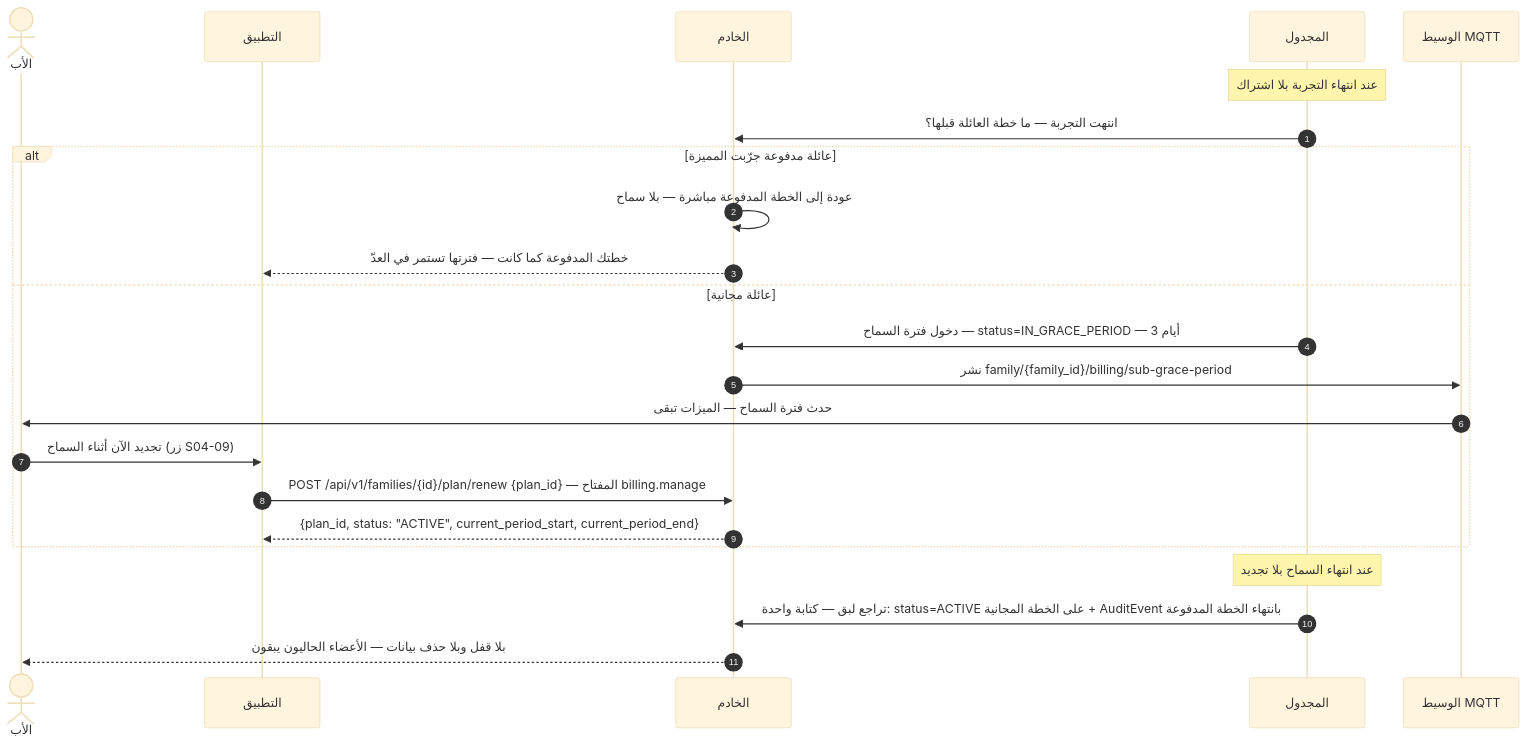
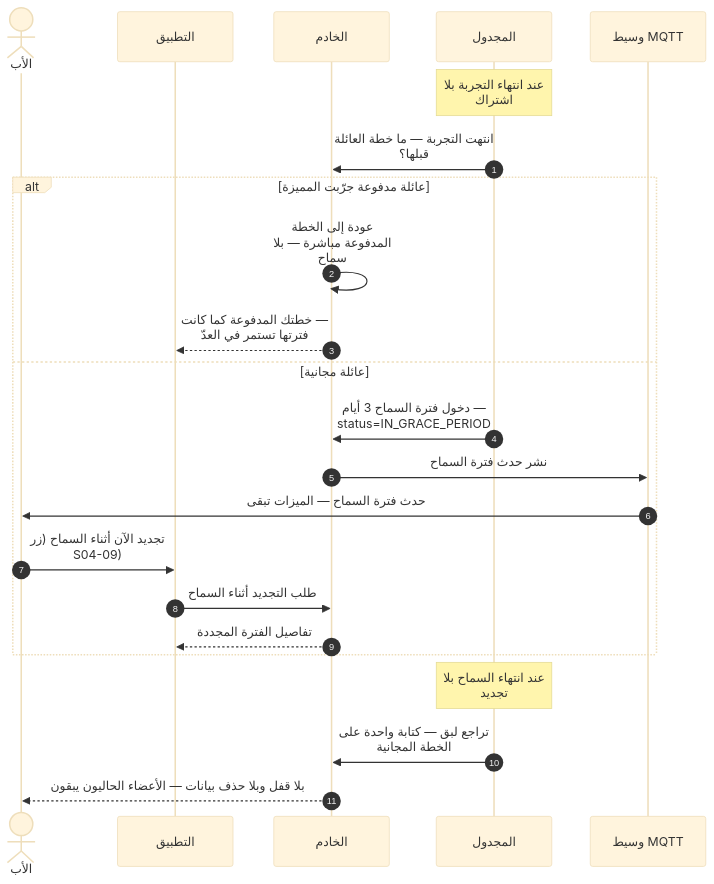
Diagram 12 of 25 in docs/family-os/governance/phases/phase-1/S1-04-plans-and-subscriptions/DIAGRAMS.md (Bassam-mohammed-alqaeadi/family-os-v2), drawn with Mermaid (base theme) before and after one commit. The commit also changed other lines of this file, not shown here.

````diff
--- a/docs/family-os/governance/phases/phase-1/S1-04-plans-and-subscriptions/DIAGRAMS.md
+++ b/docs/family-os/governance/phases/phase-1/S1-04-plans-and-subscriptions/DIAGRAMS.md
@@ -478,25 +507,26 @@
 ```mermaid
+%%{init: {"sequence": {"wrap": true}}}%%
 sequenceDiagram
     autonumber
     actor Father as الأب
     participant App as التطبيق
     participant Ktor as الخادم
     participant Sched as المجدول
-    participant Broker as الوسيط MQTT
+    participant MQTT as وسيط MQTT
     Note over Sched: عند انتهاء التجربة بلا اشتراك
     Sched->>Ktor: انتهت التجربة — ما خطة العائلة قبلها؟
     alt عائلة مدفوعة جرّبت المميزة
         Ktor->>Ktor: عودة إلى الخطة المدفوعة مباشرة — بلا سماح
         Ktor-->>App: خطتك المدفوعة كما كانت — فترتها تستمر في العدّ
     else عائلة مجانية
-        Sched->>Ktor: دخول فترة السماح — status=IN_GRACE_PERIOD — 3 أيام
-        Ktor->>Broker: نشر family/{family_id}/billing/sub-grace-period
-        Broker->>Father: حدث فترة السماح — الميزات تبقى
+        Sched->>Ktor: دخول فترة السماح 3 أيام — status=IN_GRACE_PERIOD
+        Ktor->>MQTT: نشر حدث فترة السماح
+        MQTT->>Father: حدث فترة السماح — الميزات تبقى
         Father->>App: تجديد الآن أثناء السماح (زر S04-09)
-        App->>Ktor: POST /api/v1/families/{id}/plan/renew {plan_id} — المفتاح billing.manage
-        Ktor-->>App: {plan_id, status: "ACTIVE", current_period_start, current_period_end}
+        App->>Ktor: طلب التجديد أثناء السماح
+        Ktor-->>App: تفاصيل الفترة المجددة
     end
     Note over Sched: عند انتهاء السماح بلا تجديد
-    Sched->>Ktor: تراجع لبق — كتابة واحدة: status=ACTIVE على الخطة المجانية + AuditEvent بانتهاء الخطة المدفوعة
+    Sched->>Ktor: تراجع لبق — كتابة واحدة على الخطة المجانية
     Ktor-->>Father: بلا قفل وبلا حذف بيانات — الأعضاء الحاليون يبقون
 ```
````
